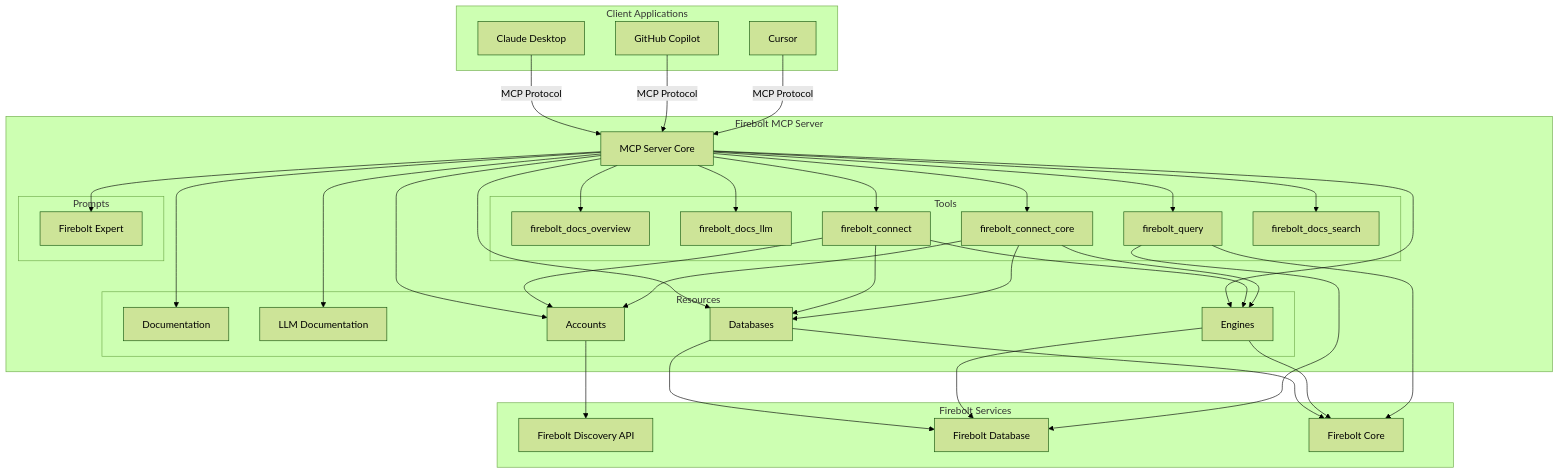
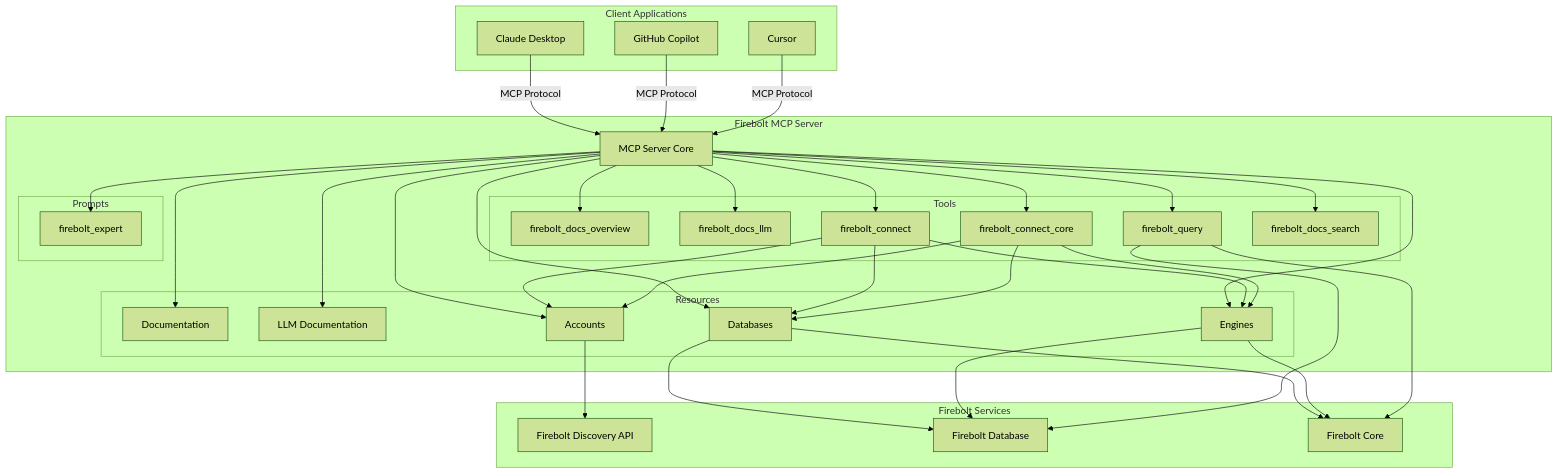
The first of 3 diagrams in docs/overview.md (firebolt-db/mcp-server), drawn with Mermaid (forest theme) before and after one commit. The commit also changed other lines of this file and 8 other files, not shown here.

````diff
--- a/docs/overview.md
+++ b/docs/overview.md
@@ -11,73 +11,73 @@
 ```mermaid
 graph TD
     subgraph "Client Applications"
         Claude["Claude Desktop"]
         Copilot["GitHub Copilot"]
         Cursor["Cursor"]
     end
     
     subgraph "Firebolt MCP Server"
         Server["MCP Server Core"]
         
         subgraph "Tools"
             DocsT["firebolt_docs_overview"]
             DocsLLMT["firebolt_docs_llm"]
             ConnectT["firebolt_connect"]
             ConnectCoreT["firebolt_connect_core"]
             QueryT["firebolt_query"]
             SearchT["firebolt_docs_search"]
         end
         
         subgraph "Resources"
             DocsR["Documentation"]
             LLMDocsR["LLM Documentation"]
             AccountsR["Accounts"]
             DatabasesR["Databases"]
             EnginesR["Engines"]
         end
         
         subgraph "Prompts"
-            FireboltExpert["Firebolt Expert"]
+            FireboltExpert["firebolt_expert"]
         end
     end
     
     subgraph "Firebolt Services"
         DiscoveryAPI["Firebolt Discovery API"]
         FireboltDB["Firebolt Database"]
         FireboltCore["Firebolt Core"]
     end
     
     Claude --> |MCP Protocol| Server
     Copilot --> |MCP Protocol| Server
     Cursor --> |MCP Protocol| Server
     
     Server --> DocsT
     Server --> DocsLLMT
     Server --> ConnectT
     Server --> ConnectCoreT
     Server --> QueryT 
     Server --> SearchT
     Server --> DocsR
     Server --> LLMDocsR
     Server --> AccountsR
     Server --> DatabasesR
     Server --> EnginesR
     Server --> FireboltExpert
     
     ConnectT --> AccountsR
     ConnectT --> DatabasesR
     ConnectT --> EnginesR
 
     ConnectCoreT --> AccountsR
     ConnectCoreT --> DatabasesR
     ConnectCoreT --> EnginesR
     
     AccountsR --> DiscoveryAPI
     DatabasesR --> FireboltDB
     EnginesR --> FireboltDB
     DatabasesR --> FireboltCore
     EnginesR --> FireboltCore
     
     QueryT --> FireboltDB
     QueryT --> FireboltCore
 ```
````
